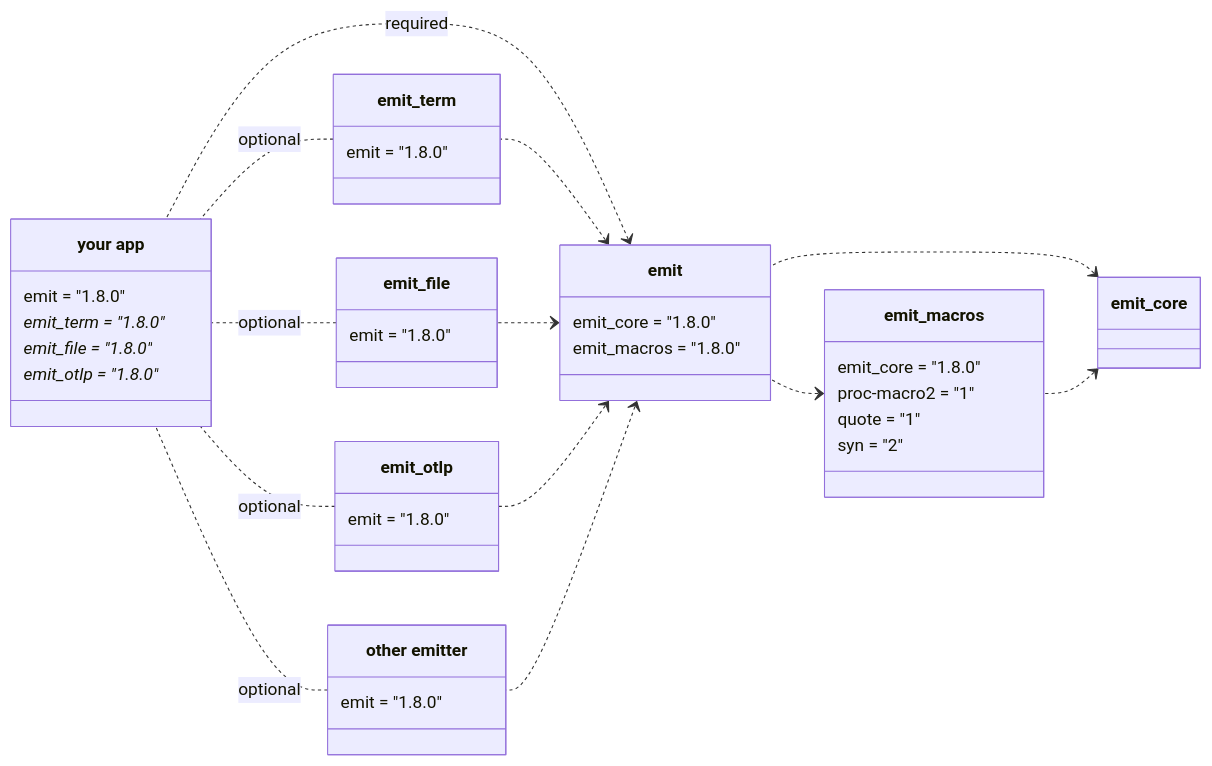
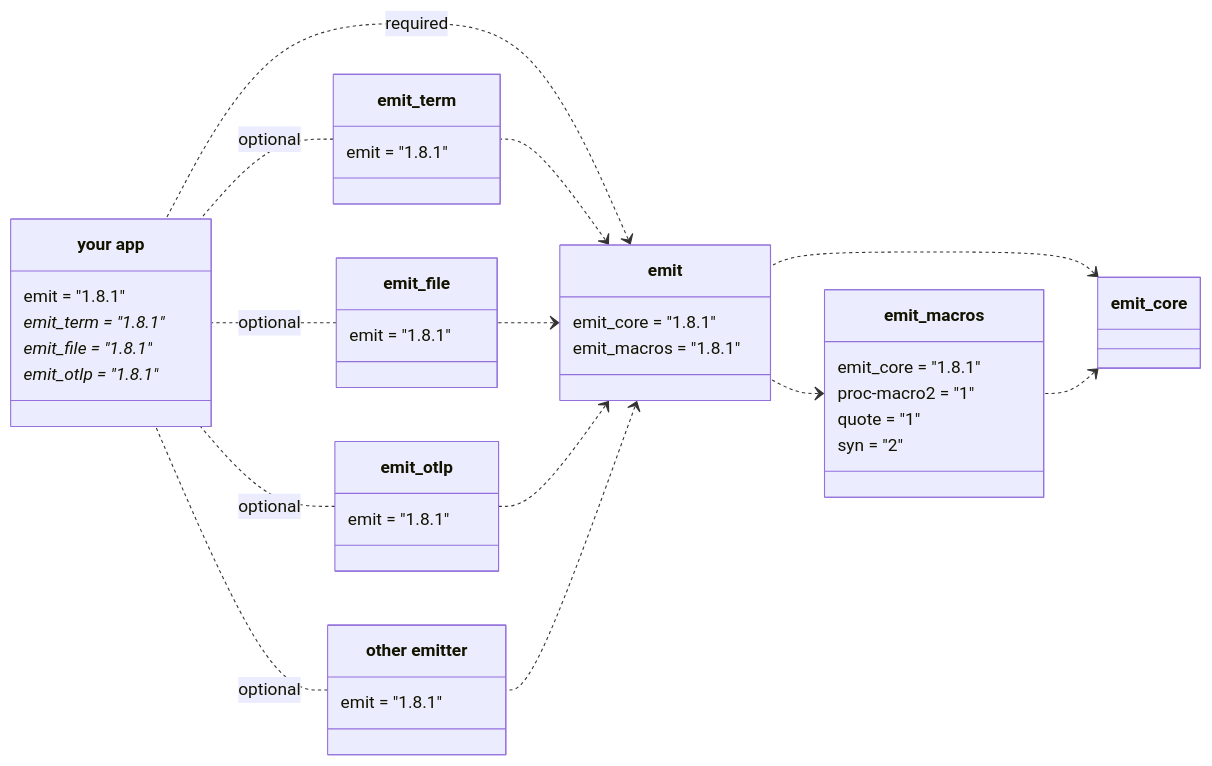
Before and after one commit to emit-rs/emit: the first of 5 diagrams in book/src/reference/architecture.md, drawn with Mermaid. The commit also changed other lines of this file and 62 other files, not shown here.

````diff
--- a/book/src/reference/architecture.md
+++ b/book/src/reference/architecture.md
@@ -9,62 +9,62 @@
 ```mermaid
 classDiagram
     direction RL
     
     emit_core <.. emit_macros
     emit_core <.. emit
     emit_macros <.. emit
 
     class emit_macros {
-        emit_core = "1.8.0"
+        emit_core = "1.8.1"
         proc-macro2 = "1"
         quote = "1"
         syn = "2"
     }
 
     emit <.. emit_term
     emit <.. emit_file
     emit <.. emit_otlp
     emit <.. emit_custom
 
     emit <.. app : required
 
     class emit {
-        emit_core = "1.8.0"
-        emit_macros = "1.8.0"
+        emit_core = "1.8.1"
+        emit_macros = "1.8.1"
     }
 
     emit_term .. app : optional
     emit_file .. app : optional
     emit_otlp .. app : optional
     emit_custom .. app : optional
 
     class emit_term {
-        emit = "1.8.0"
+        emit = "1.8.1"
     }
 
     class emit_file {
-        emit = "1.8.0"
+        emit = "1.8.1"
     }
 
     class emit_otlp {
-        emit = "1.8.0"
+        emit = "1.8.1"
     }
 
     class emit_custom["other emitter"] {
-        emit = "1.8.0"
+        emit = "1.8.1"
     }
 
     class app["your app"] {
-        emit = "1.8.0"
-        emit_term = "1.8.0"*
-        emit_file = "1.8.0"*
-        emit_otlp = "1.8.0"*
+        emit = "1.8.1"
+        emit_term = "1.8.1"*
+        emit_file = "1.8.1"*
+        emit_otlp = "1.8.1"*
     }
 
-    click emit_core href "https://docs.rs/emit_core/1.8.0/emit_core/index.html"
-    click emit_macros href "https://docs.rs/emit_macros/1.8.0/emit_macros/index.html"
-    click emit href "https://docs.rs/emit/1.8.0/emit/index.html"
-    click emit_term href "https://docs.rs/emit_term/1.8.0/emit_term/index.html"
-    click emit_file href "https://docs.rs/emit_file/1.8.0/emit_file/index.html"
-    click emit_otlp href "https://docs.rs/emit_otlp/1.8.0/emit_otlp/index.html"
+    click emit_core href "https://docs.rs/emit_core/1.8.1/emit_core/index.html"
+    click emit_macros href "https://docs.rs/emit_macros/1.8.1/emit_macros/index.html"
+    click emit href "https://docs.rs/emit/1.8.1/emit/index.html"
+    click emit_term href "https://docs.rs/emit_term/1.8.1/emit_term/index.html"
+    click emit_file href "https://docs.rs/emit_file/1.8.1/emit_file/index.html"
+    click emit_otlp href "https://docs.rs/emit_otlp/1.8.1/emit_otlp/index.html"
 ```
````
